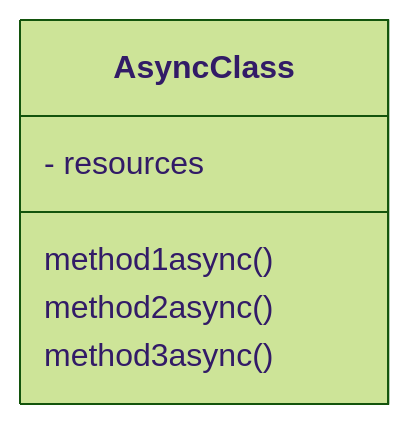
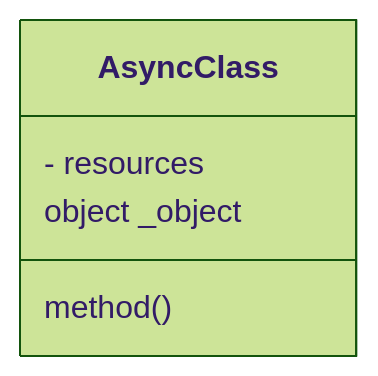
The fourth of 4 diagrams in README.md (OleksanderPylypchuk/CGW), drawn with Mermaid (forest theme) before and after one commit.

````diff
--- a/README.md
+++ b/README.md
@@ -50,7 +50,6 @@
 ```mermaid
 classDiagram
 AsyncClass : - resources
-AsyncClass : method1async()
-AsyncClass : method2async()
-AsyncClass : method3async()
+AsyncClass : method()
+AsyncClass : object _object
 ```
````
